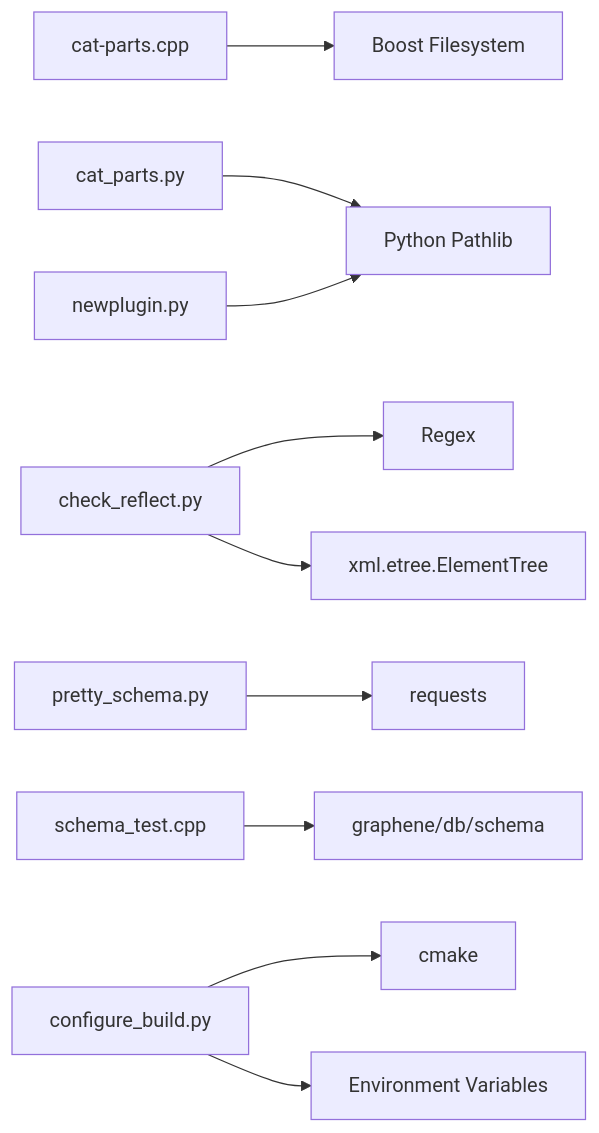
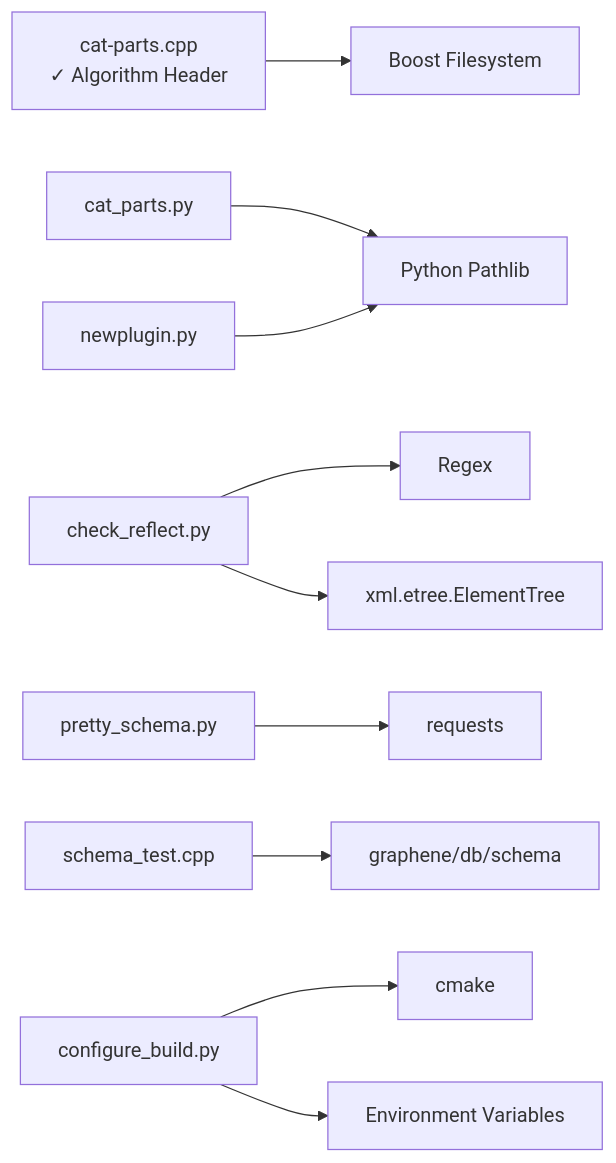
The tenth of 10 diagrams in .qoder/repowiki/en/content/Development Tools/Build System/Build Helper Tools/Build Helper Tools.md (VIZ-Blockchain/viz-cpp-node), drawn with Mermaid before and after one commit. The commit also changed other lines of this file and 3 other files, not shown here.

````diff
--- a/.qoder/repowiki/en/content/Development Tools/Build System/Build Helper Tools/Build Helper Tools.md
+++ b/.qoder/repowiki/en/content/Development Tools/Build System/Build Helper Tools/Build Helper Tools.md
@@ -325,12 +336,12 @@
 ```mermaid
 graph LR
-CP["cat-parts.cpp"] --> FS["Boost Filesystem"]
+CP["cat-parts.cpp<br/>✓ Algorithm Header"] --> FS["Boost Filesystem"]
 CPY["cat_parts.py"] --> PY["Python Pathlib"]
 CR["check_reflect.py"] --> RX["Regex"]
 CR --> XML["xml.etree.ElementTree"]
 NP["newplugin.py"] --> PY
 PS["pretty_schema.py"] --> REQ["requests"]
 ST["schema_test.cpp"] --> SCH["graphene/db/schema"]
 CFG["configure_build.py"] --> CMK["cmake"]
 CFG --> ENV["Environment Variables"]
 ```
````
